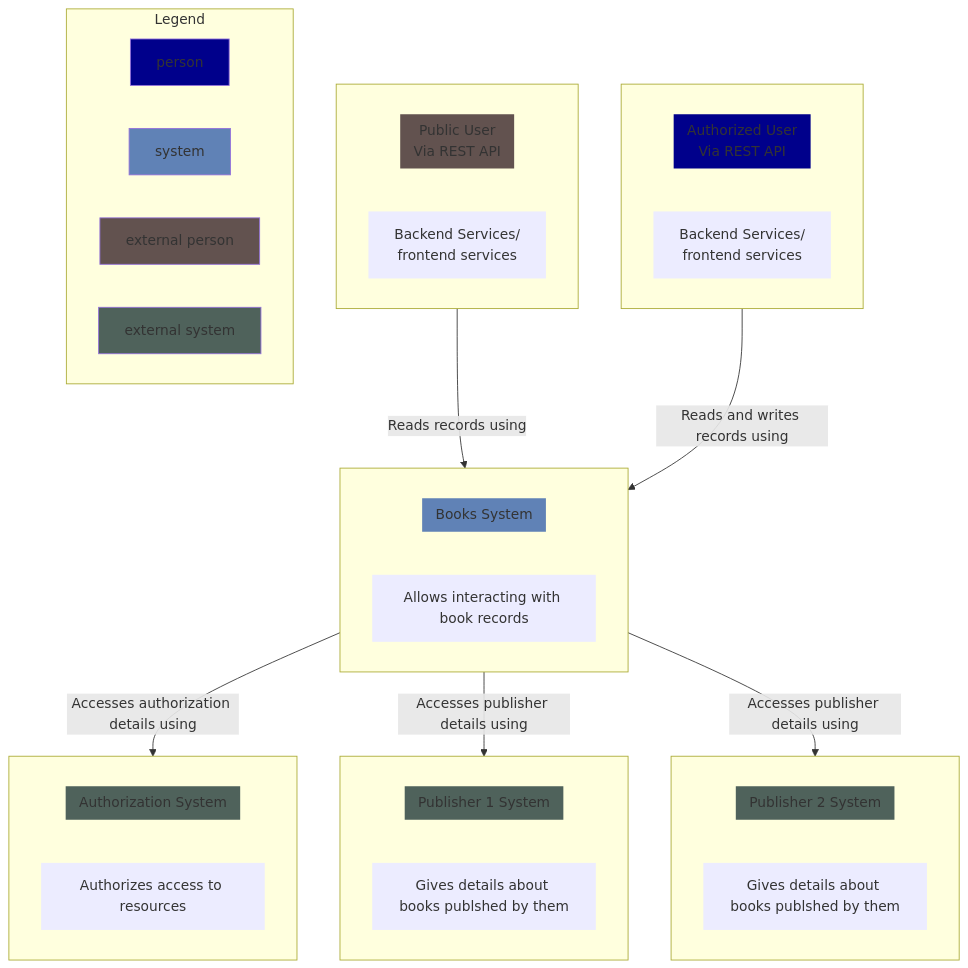
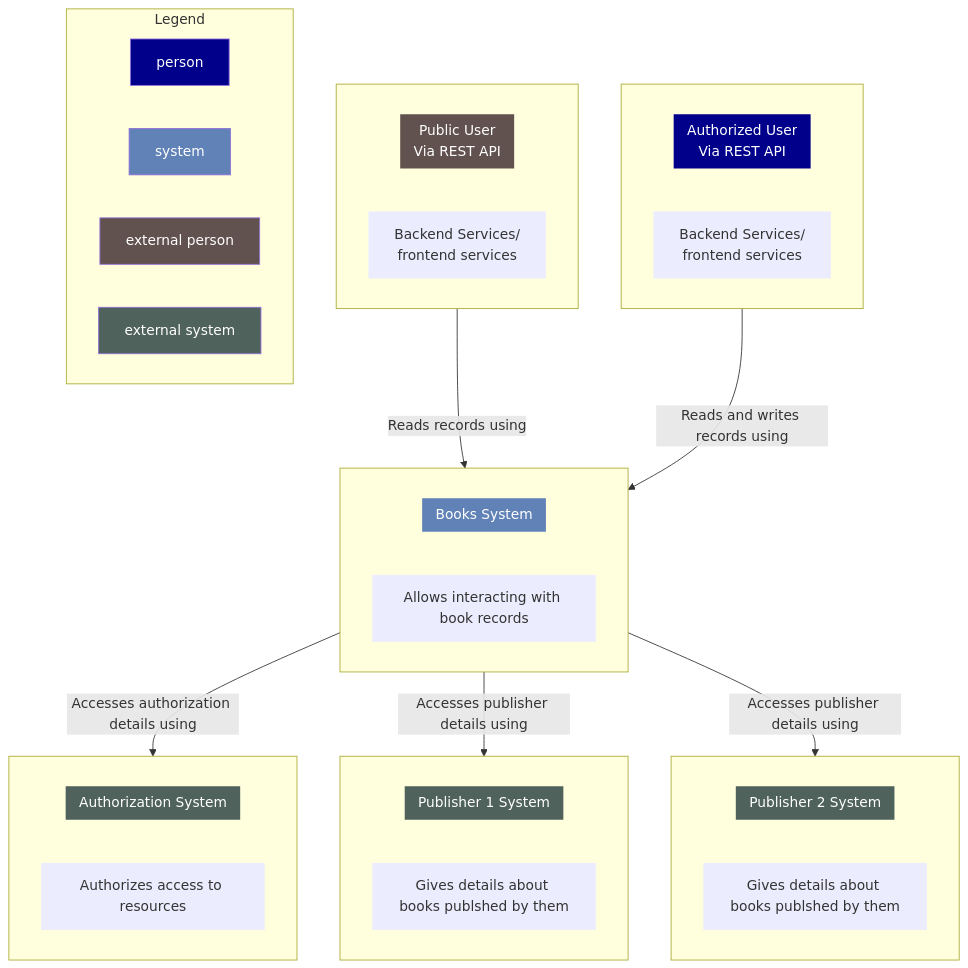
The diagram in README.md (csymapp/mermaid-c4-model), drawn with Mermaid before and after one commit. The commit also changed 1 other file, not shown here.

Commit message:
container diagram

````diff
--- a/README.md
+++ b/README.md
@@ -5,64 +5,64 @@
 ```mermaid
 flowchart TB
 classDef borderless stroke-width:0px
-classDef darkBlue fill:#00008B
-classDef brightBlue fill:#6082B6
-classDef gray fill:#62524F
-classDef gray2 fill:#4F625B
+classDef darkBlue fill:#00008B, color:#fff
+classDef brightBlue fill:#6082B6, color:#fff
+classDef gray fill:#62524F, color:#fff
+classDef gray2 fill:#4F625B, color:#fff
 
 subgraph publicUser[ ]
     A1[[Public User<br/> Via REST API]]
     B1[Backend Services/<br/>frontend services]
 end
 class publicUser,A1 gray
 
 subgraph authorizedUser[ ]
     A2[[Authorized User<br/> Via REST API]]
     B2[Backend Services/<br/>frontend services]
 end
 class authorizedUser,A2 darkBlue
 
 subgraph booksSystem[ ]
     A3[[Books System]]
     B3[Allows interacting with book records]
 end
 class booksSystem,A3 brightBlue
 
 
 publicUser--Reads records using-->booksSystem
 authorizedUser--Reads and writes records using-->booksSystem
 
 subgraph authorizationSystem[ ]
     A4[[Authorization System]]
     B4[Authorizes access to resources]
 end
 
 subgraph publisher1System[ ]
     A5[[Publisher 1 System]]
     B5[Gives details about books publshed by them]
 end
 subgraph publisher2System[ ]
     A6[[Publisher 2 System]]
     B6[Gives details about books publshed by them]
 end
 class authorizationSystem,A4,publisher1System,A5,publisher2System,A6 gray2
 
 subgraph Legend[Legend]
     Legend1[person]
     Legend2[system]
     Legend3[external person]
     Legend4[external system]
 end
 class Legend1 darkBlue
 class Legend2 brightBlue
 class Legend3 gray
 class Legend4 gray2
 
 booksSystem--Accesses authorization details using-->authorizationSystem
 booksSystem--Accesses publisher details using-->publisher1System
 booksSystem--Accesses publisher details using-->publisher2System
 
 class A1,A2,A3,A4,A5,A6,B1,B2,B3,B4,B5,B6 borderless
 
 click A3 "/csymapp/mermaid-c4-model/blob/master/containerDiagram.md" "booksSystem"
 ```
````
